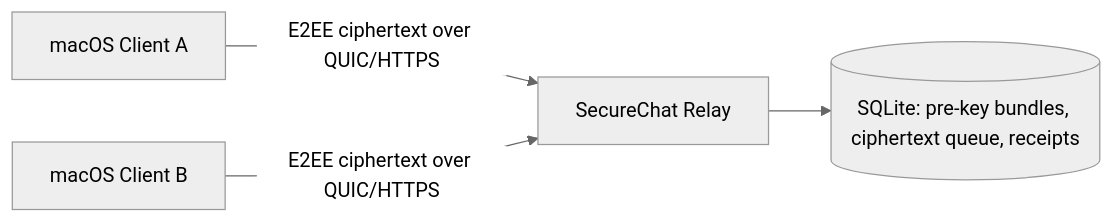
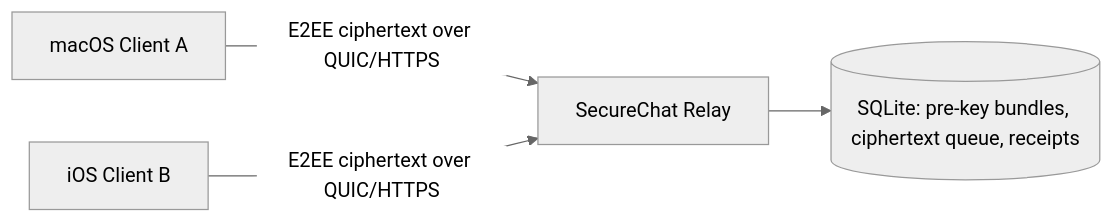
One commit to ninjaz0/secure-chat changed the diagram in docs/zh/public-server-deployment.md. Above: the diagram before and after it, drawn with Mermaid (neutral theme). The commit also changed 22 other files, not shown here.

````diff
--- a/docs/zh/public-server-deployment.md
+++ b/docs/zh/public-server-deployment.md
@@ -14,6 +14,6 @@
 ```mermaid
 flowchart LR
     A["macOS Client A"] -->|"E2EE ciphertext over QUIC/HTTPS"| R["SecureChat Relay"]
-    B["macOS Client B"] -->|"E2EE ciphertext over QUIC/HTTPS"| R
+    B["iOS Client B"] -->|"E2EE ciphertext over QUIC/HTTPS"| R
     R --> D[("SQLite: pre-key bundles, ciphertext queue, receipts")]
 ```
````
